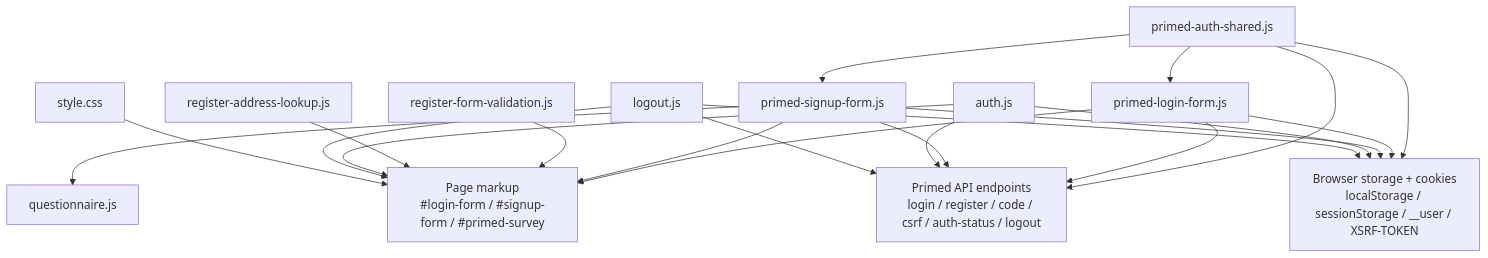
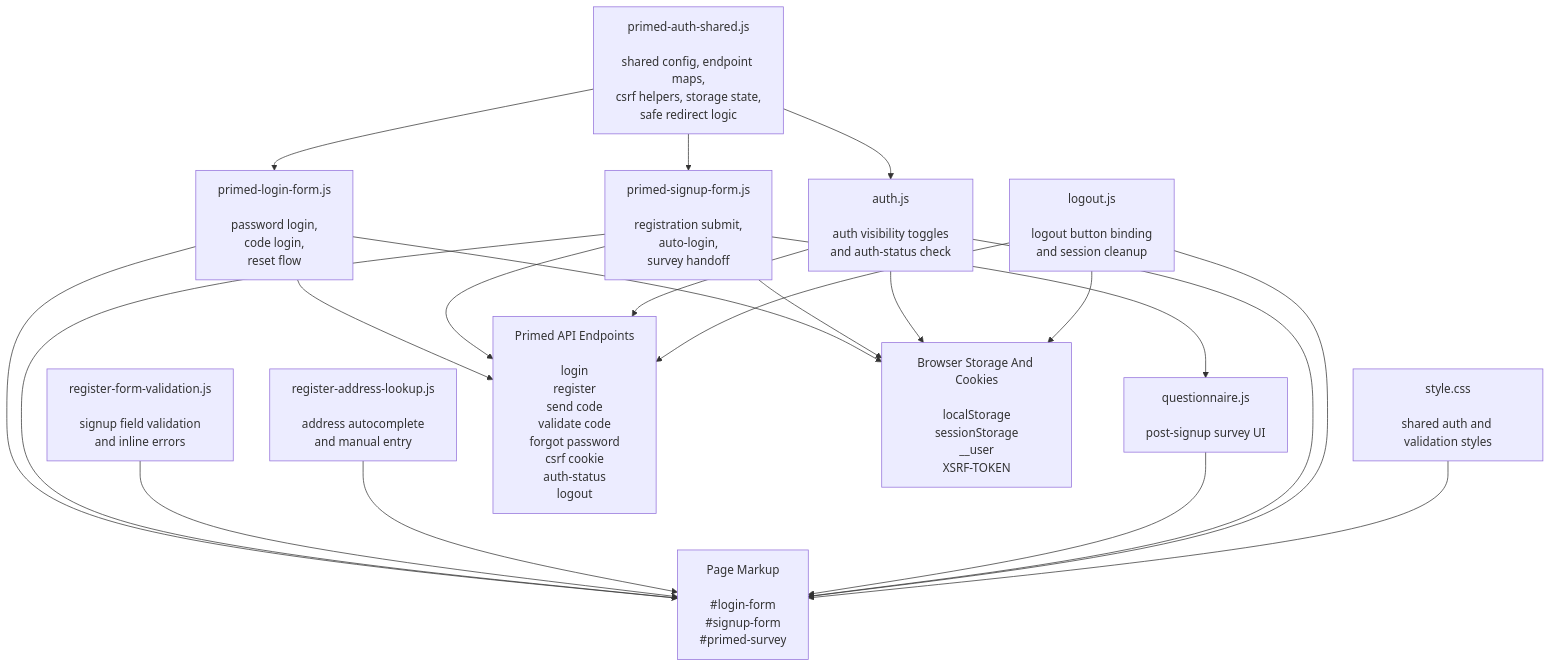
The diagram in README.md (fawzi-h/primed-login-form), drawn with Mermaid before and after one commit. The commit also changed 1 other file, not shown here.

Commit message:
update readme and licence

````diff
--- a/README.md
+++ b/README.md
@@ -51,36 +51,39 @@
 ```mermaid
-graph TD
-  A[primed-auth-shared.js]
-  B[primed-login-form.js]
-  C[primed-signup-form.js]
-  D[register-form-validation.js]
-  E[register-address-lookup.js]
-  F[questionnaire.js]
-  G[auth.js]
-  H[logout.js]
-  I[style.css]
-  J[Page markup<br/>#login-form / #signup-form / #primed-survey]
-  K[Primed API endpoints<br/>login / register / code / csrf / auth-status / logout]
-  L[Browser storage + cookies<br/>localStorage / sessionStorage / __user / XSRF-TOKEN]
+flowchart TB
+  A["primed-auth-shared.js<br/><br/>shared config, endpoint maps,<br/>csrf helpers, storage state,<br/>safe redirect logic"]
+  B["primed-login-form.js<br/><br/>password login,<br/>code login,<br/>reset flow"]
+  C["primed-signup-form.js<br/><br/>registration submit,<br/>auto-login,<br/>survey handoff"]
+  D["register-form-validation.js<br/><br/>signup field validation<br/>and inline errors"]
+  E["register-address-lookup.js<br/><br/>address autocomplete<br/>and manual entry"]
+  F["questionnaire.js<br/><br/>post-signup survey UI"]
+  G["auth.js<br/><br/>auth visibility toggles<br/>and auth-status check"]
+  H["logout.js<br/><br/>logout button binding<br/>and session cleanup"]
+  I["style.css<br/><br/>shared auth and validation styles"]
+  J["Page Markup<br/><br/>#login-form<br/>#signup-form<br/>#primed-survey"]
+  K["Primed API Endpoints<br/><br/>login<br/>register<br/>send code<br/>validate code<br/>forgot password<br/>csrf cookie<br/>auth-status<br/>logout"]
+  L["Browser Storage And Cookies<br/><br/>localStorage<br/>sessionStorage<br/>__user<br/>XSRF-TOKEN"]
 
   A --> B
   A --> C
-  A --> K
-  A --> L
+  A --> G
+
   B --> J
   B --> K
   B --> L
+
   C --> J
   C --> K
   C --> L
   C --> F
+
   D --> J
   E --> J
+  F --> J
   G --> J
   G --> K
   G --> L
   H --> J
   H --> K
   H --> L
   I --> J
 ```
````
